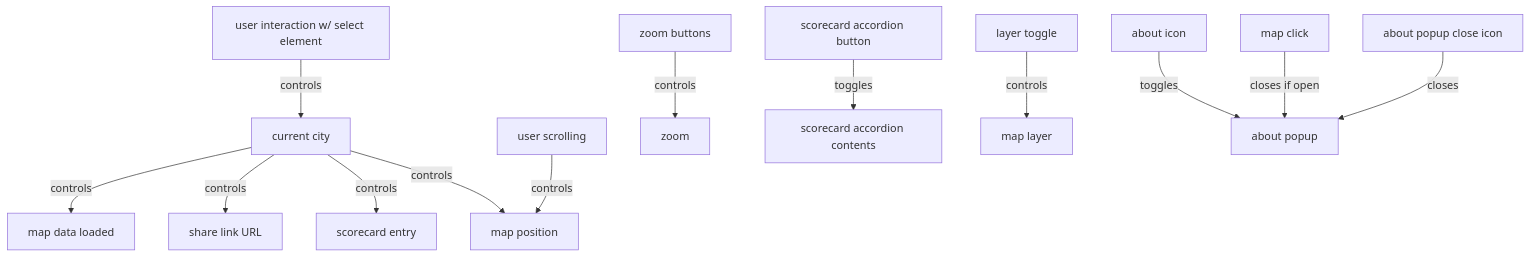
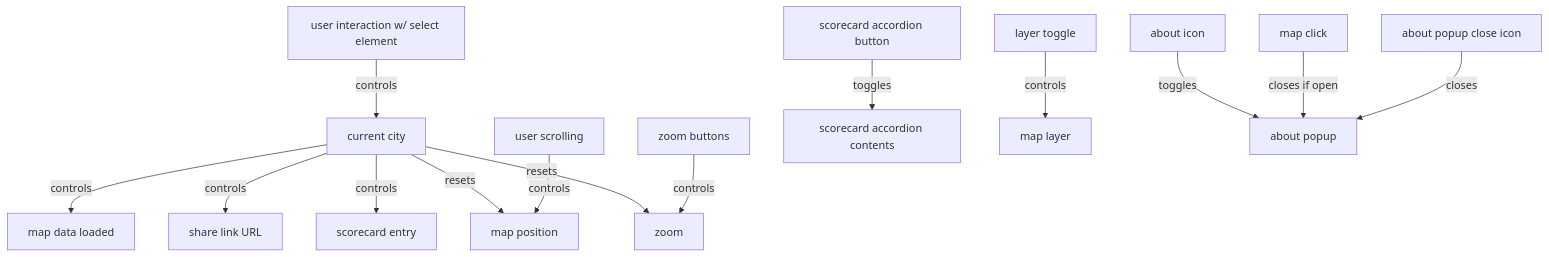
The diagram in README.md (ParkingReformNetwork/parking-lot-map), drawn with Mermaid before and after one commit. The commit also changed 2 other files, not shown here.

Commit message:
Correctly model zoom reset

````diff
--- a/README.md
+++ b/README.md
@@ -143,17 +143,20 @@
 ```mermaid
 graph TD
+    F[user interaction w/ select element] -->|controls| A
+
     A[current city] -->|controls| B[map data loaded]
     A -->|controls| C[share link URL]
     A -->|controls| D[scorecard entry]
-    A -->|controls| E[map position]
+    A -->|resets| E[map position]
+    A -->|resets| G[zoom]
 
-    F[user interaction w/ select element] -->|controls| A
-    G[user scrolling] -->|controls| E
-    H[zoom buttons] -->|controls| I[zoom]
+    H[user scrolling] -->|controls| E
+
+    R[zoom buttons] -->|controls| G[zoom]
     J[scorecard accordion button] -->|toggles| K[scorecard accordion contents]
     L[layer toggle] -->|controls| M[map layer]
 
     N[about icon] -->|toggles| O[about popup]
     P[map click] -->|closes if open| O
     Q[about popup close icon] -->|closes| O
 ```
````
